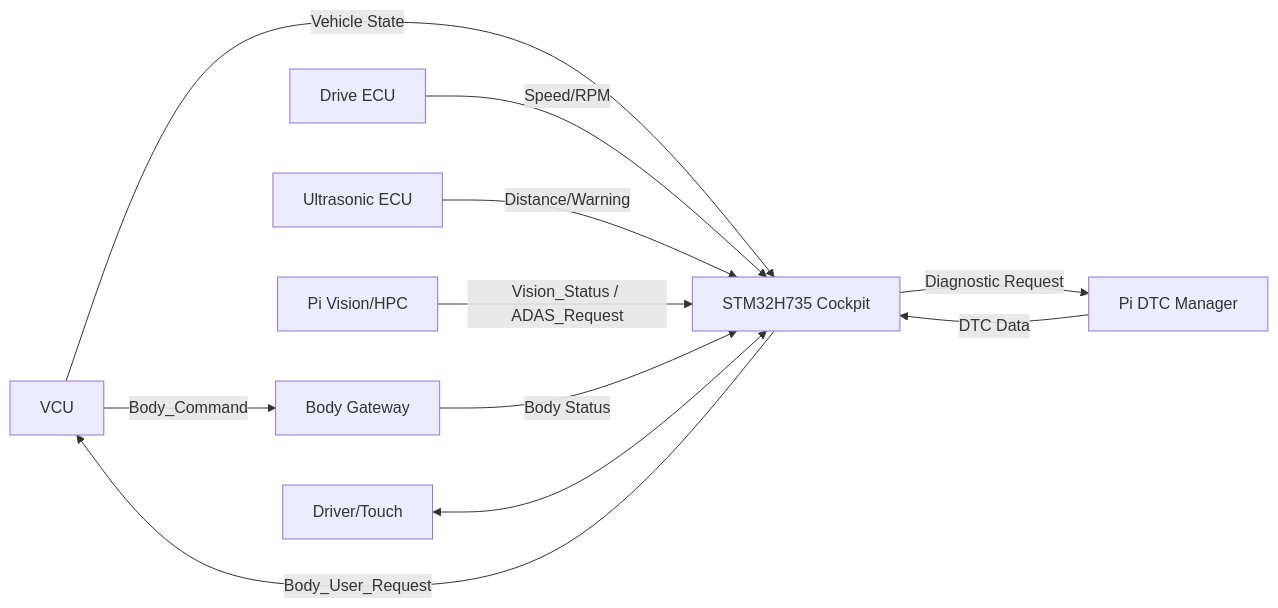
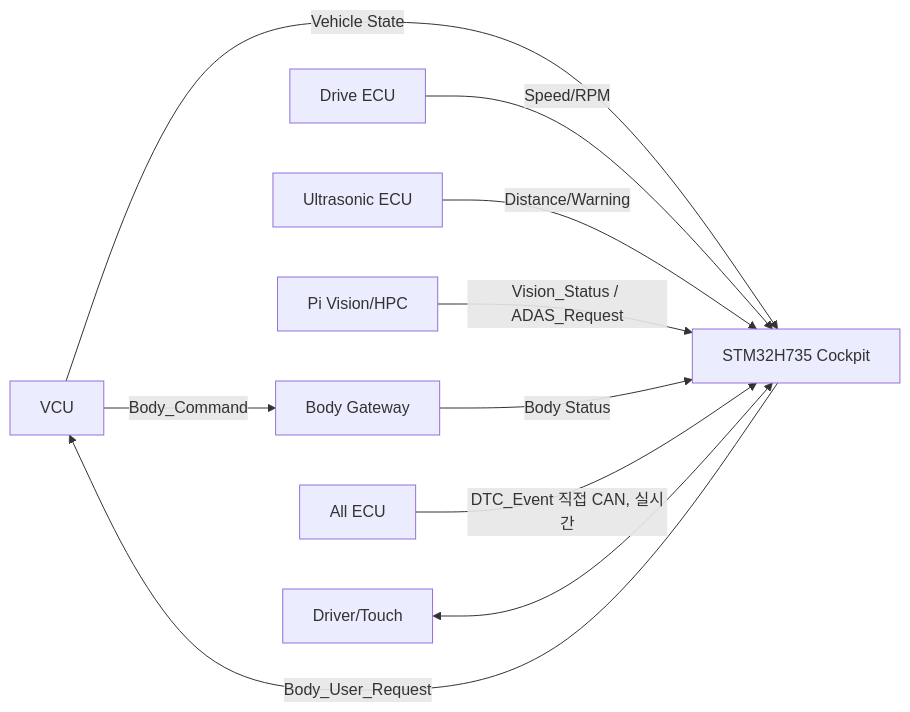
Before and after one commit to sunmaan22/SDV_MCU_Project: the first of 5 diagrams in docs/ecus/IVI/ARCHITECTURE.md, drawn with Mermaid. The commit also changed other lines of this file and 25 other files, not shown here.

````diff
--- a/docs/ecus/IVI/ARCHITECTURE.md
+++ b/docs/ecus/IVI/ARCHITECTURE.md
@@ -110,13 +110,12 @@
 ```mermaid
 flowchart LR
     VCU[VCU] -->|Vehicle State| HMI[STM32H735 Cockpit]
     DRIVE[Drive ECU] -->|Speed/RPM| HMI
     US[Ultrasonic ECU] -->|Distance/Warning| HMI
     HPC[Pi Vision/HPC] -->|Vision_Status / ADAS_Request| HMI
     BODY[Body Gateway] -->|Body Status| HMI
-    DTC[Pi DTC Manager] -->|DTC Data| HMI
+    ALLECU[All ECU] -->|DTC_Event 직접 CAN, 실시간| HMI
     HMI -->|Body_User_Request| VCU
     VCU -->|Body_Command| BODY
-    HMI -->|Diagnostic Request| DTC
     DRIVER[Driver/Touch] <--> HMI
 ```
````
